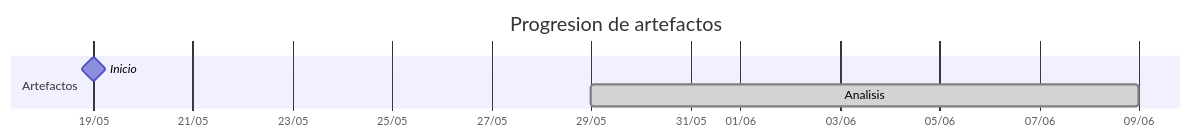
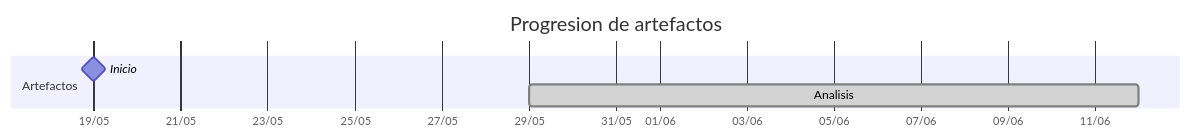
Before and after one commit to mmasias/25-26-idsw2-sdVC: the diagram in TIMELINES/inigovaqueroo04.md, drawn with Mermaid. The commit also changed other lines of this file and 9 other files, not shown here.

````diff
--- a/TIMELINES/inigovaqueroo04.md
+++ b/TIMELINES/inigovaqueroo04.md
@@ -18,9 +18,9 @@
 ```mermaid
 gantt
     title Progresion de artefactos
     dateFormat YYYY-MM-DD
     axisFormat %d/%m
     section Artefactos
         Inicio       :milestone, 2026-05-19, 0d
-        Analisis     :done, 2026-05-29, 2026-06-09
+        Analisis     :done, 2026-05-29, 2026-06-12
 ```
````
